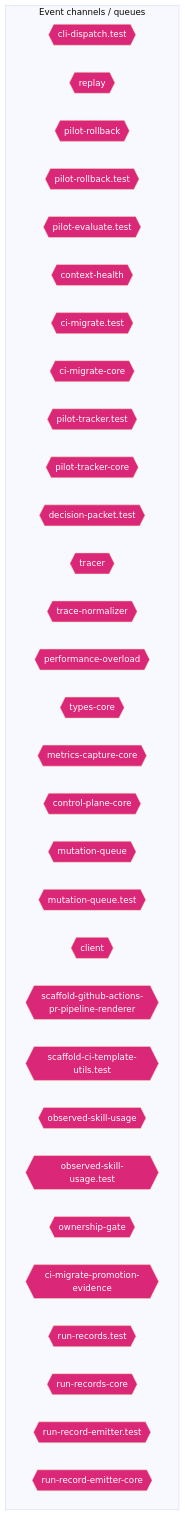
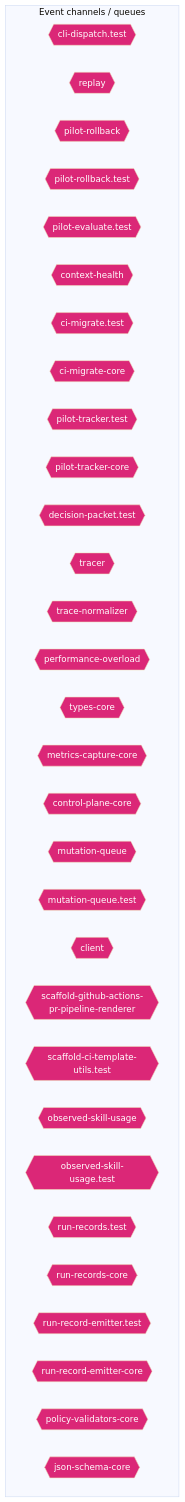
The ninth of 14 diagrams in AI/context/diagram-context.md (jscraik/coding-harness), drawn with Mermaid (base theme) before and after one commit. The commit also changed other lines of this file, not shown here.

First line of the commit message:
docs(architecture): refresh diagram context

````diff
--- a/AI/context/diagram-context.md
+++ b/AI/context/diagram-context.md
@@ -1557,38 +1558,38 @@
 ```mermaid
 flowchart TD
   subgraph Channels["Event channels / queues"]
     cli_dispatch_test_54c9f17b{{"cli-dispatch.test"}}
     replay_ac203c98{{"replay"}}
     pilot_rollback_00c1f82c{{"pilot-rollback"}}
     pilot_rollback_test_e61d5a2b{{"pilot-rollback.test"}}
     pilot_evaluate_test_a2ac06fc{{"pilot-evaluate.test"}}
     context_health_80bb7da9{{"context-health"}}
     ci_migrate_test_2a015bb9{{"ci-migrate.test"}}
     ci_migrate_core_7005b5af{{"ci-migrate-core"}}
     pilot_tracker_test_80398a66{{"pilot-tracker.test"}}
     pilot_tracker_core_80d8ac96{{"pilot-tracker-core"}}
     decision_packet_test_9ea0e97b{{"decision-packet.test"}}
     tracer_1e6243a2{{"tracer"}}
     trace_normalizer_cb1be1d2{{"trace-normalizer"}}
     performance_overload_c685bfcf{{"performance-overload"}}
     types_core_e405ddca{{"types-core"}}
     metrics_capture_core_db4bf7cf{{"metrics-capture-core"}}
     control_plane_core_db3b4cb2{{"control-plane-core"}}
     mutation_queue_ce5a530e{{"mutation-queue"}}
     mutation_queue_test_10b599e8{{"mutation-queue.test"}}
     client_1_914e1681{{"client"}}
     scaffold_github_actions_pr_pipeline_renderer_1ee18de5{{"scaffold-github-actions-pr-pipeline-renderer"}}
     scaffold_ci_template_utils_test_b94825d9{{"scaffold-ci-template-utils.test"}}
     observed_skill_usage_ed7d5930{{"observed-skill-usage"}}
     observed_skill_usage_test_311c215a{{"observed-skill-usage.test"}}
-    ownership_gate_2e194d13{{"ownership-gate"}}
-    ci_migrate_promotion_evidence_1a2dc527{{"ci-migrate-promotion-evidence"}}
     run_records_test_3ee6a0e3{{"run-records.test"}}
     run_records_core_89286dfa{{"run-records-core"}}
     run_record_emitter_test_5475c0da{{"run-record-emitter.test"}}
     run_record_emitter_core_688049d5{{"run-record-emitter-core"}}
+    policy_validators_core_714a3fe7{{"policy-validators-core"}}
+    json_schema_core_96d7e328{{"json-schema-core"}}
   end
   classDef eventNode fill:#db2777,color:#fff
-  class cli_dispatch_test_54c9f17b,replay_ac203c98,pilot_rollback_00c1f82c,pilot_rollback_test_e61d5a2b,pilot_evaluate_test_a2ac06fc,context_health_80bb7da9,ci_migrate_test_2a015bb9,ci_migrate_core_7005b5af,pilot_tracker_test_80398a66,pilot_tracker_core_80d8ac96,decision_packet_test_9ea0e97b,tracer_1e6243a2,trace_normalizer_cb1be1d2,performance_overload_c685bfcf,types_core_e405ddca,metrics_capture_core_db4bf7cf,control_plane_core_db3b4cb2,mutation_queue_ce5a530e,mutation_queue_test_10b599e8,client_1_914e1681,scaffold_github_actions_pr_pipeline_renderer_1ee18de5,scaffold_ci_template_utils_test_b94825d9,observed_skill_usage_ed7d5930,observed_skill_usage_test_311c215a,ownership_gate_2e194d13,ci_migrate_promotion_evidence_1a2dc527,run_records_test_3ee6a0e3,run_records_core_89286dfa,run_record_emitter_test_5475c0da,run_record_emitter_core_688049d5 eventNode
+  class cli_dispatch_test_54c9f17b,replay_ac203c98,pilot_rollback_00c1f82c,pilot_rollback_test_e61d5a2b,pilot_evaluate_test_a2ac06fc,context_health_80bb7da9,ci_migrate_test_2a015bb9,ci_migrate_core_7005b5af,pilot_tracker_test_80398a66,pilot_tracker_core_80d8ac96,decision_packet_test_9ea0e97b,tracer_1e6243a2,trace_normalizer_cb1be1d2,performance_overload_c685bfcf,types_core_e405ddca,metrics_capture_core_db4bf7cf,control_plane_core_db3b4cb2,mutation_queue_ce5a530e,mutation_queue_test_10b599e8,client_1_914e1681,scaffold_github_actions_pr_pipeline_renderer_1ee18de5,scaffold_ci_template_utils_test_b94825d9,observed_skill_usage_ed7d5930,observed_skill_usage_test_311c215a,run_records_test_3ee6a0e3,run_records_core_89286dfa,run_record_emitter_test_5475c0da,run_record_emitter_core_688049d5,policy_validators_core_714a3fe7,json_schema_core_96d7e328 eventNode
 
 ```
````
